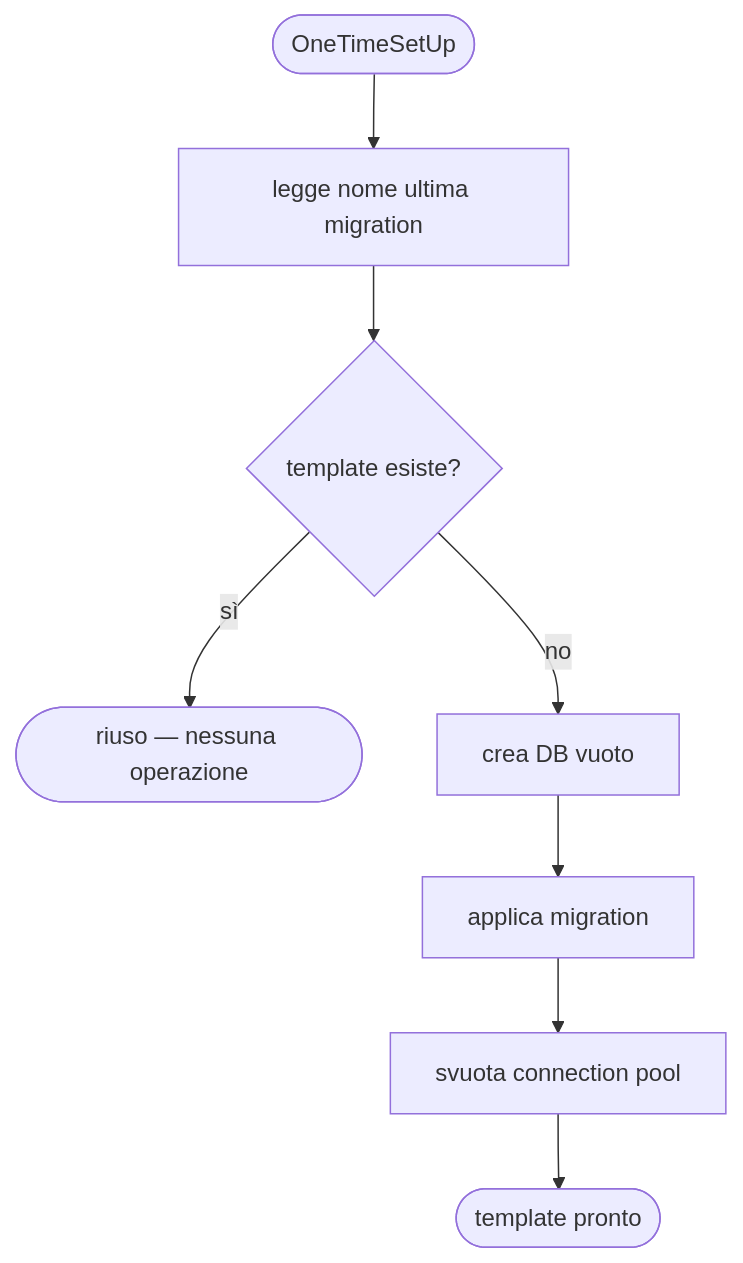
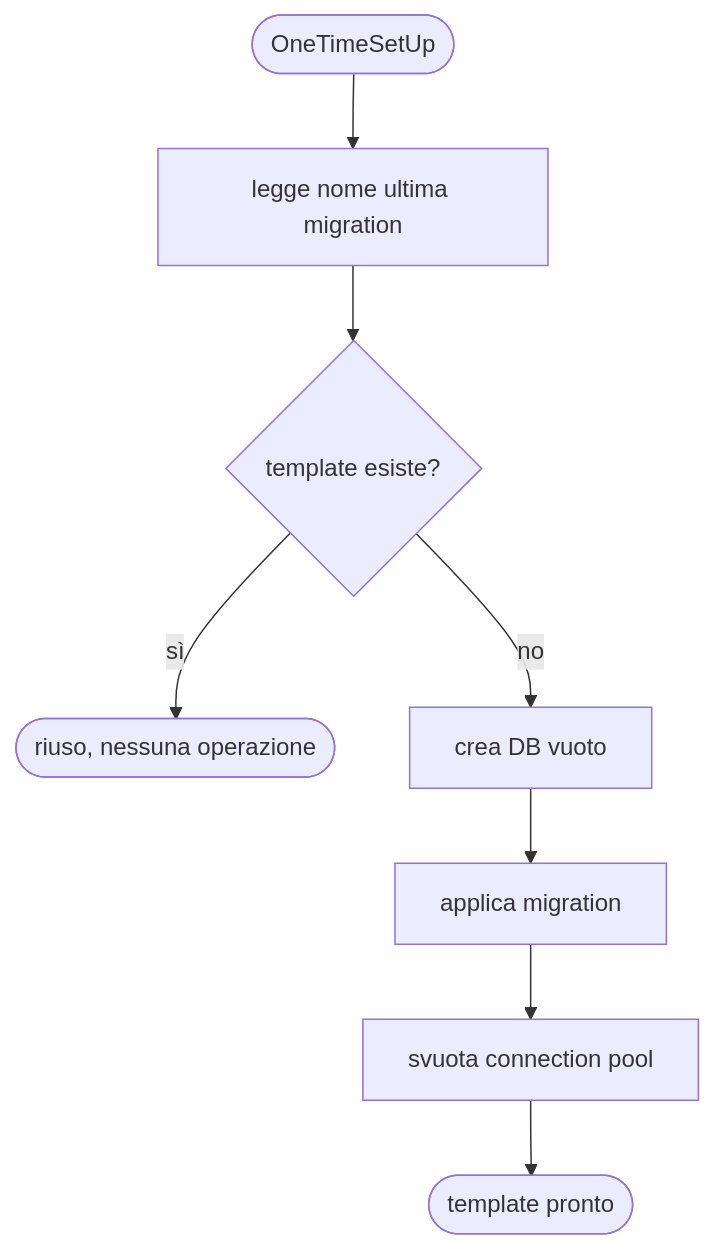
Before and after one commit to cagianx/my-docs: the second of 3 diagrams in docs/tecnologie/csharp/test-integrazione/01-pattern.mdx, drawn with Mermaid. The commit also changed other lines of this file and 110 other files, not shown here.

````diff
--- a/docs/tecnologie/csharp/test-integrazione/01-pattern.mdx
+++ b/docs/tecnologie/csharp/test-integrazione/01-pattern.mdx
@@ -55,10 +55,10 @@
 ```mermaid
 flowchart TD
     A([OneTimeSetUp]) --> B[legge nome ultima migration]
     B --> C{template esiste?}
-    C -- sì --> D([riuso — nessuna operazione])
+    C -- sì --> D([riuso, nessuna operazione])
     C -- no --> E[crea DB vuoto]
     E --> F[applica migration]
     F --> G[svuota connection pool]
     G --> H([template pronto])
 ```
````
